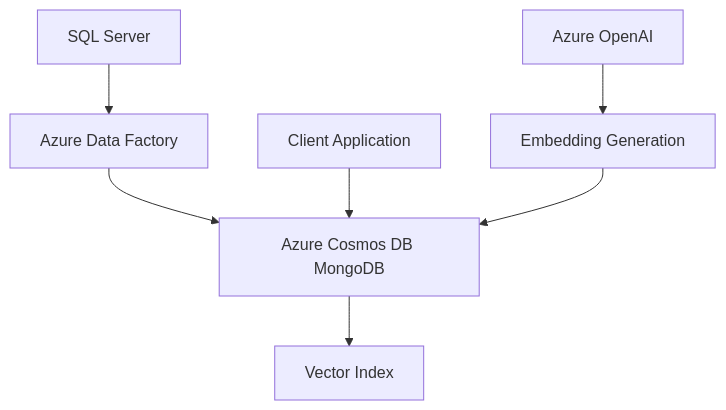
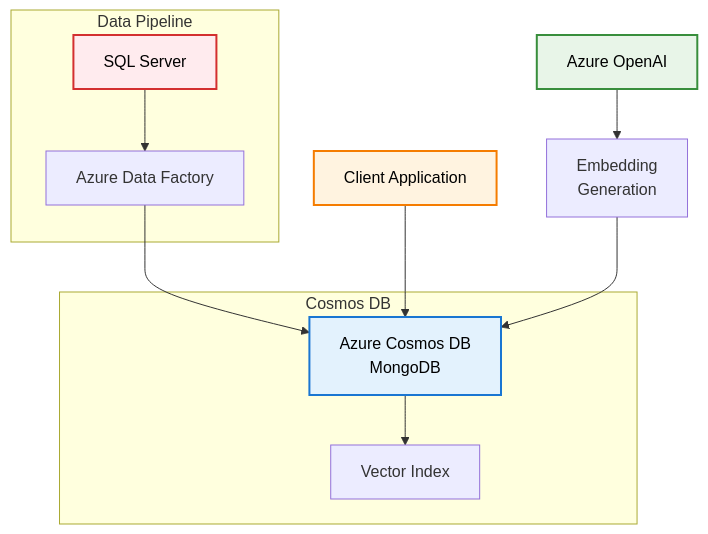
One commit to bravegeek/az-vectordb changed the second of 4 diagrams in docs/options.md. Above: the diagram before and after it, drawn with Mermaid. The commit also changed other lines of this file, not shown here.

Commit message:
clean up mermaid

````diff
--- a/docs/options.md
+++ b/docs/options.md
@@ -70,9 +88,24 @@
 ```mermaid
 graph TB
     A[SQL Server] --> B[Azure Data Factory]
-    B --> C[Azure Cosmos DB MongoDB]
+    B --> C[Azure Cosmos DB<br/>MongoDB]
     C --> D[Vector Index]
     E[Client Application] --> C
-    F[Azure OpenAI] --> G[Embedding Generation]
+    F[Azure OpenAI] --> G[Embedding<br/>Generation]
     G --> C
+    
+    subgraph "Data Pipeline"
+        A
+        B
+    end
+    
+    subgraph "Cosmos DB"
+        C
+        D
+    end
+    
+    style A fill:#ffebee,stroke:#d32f2f,stroke-width:2px,color:#000
+    style C fill:#e3f2fd,stroke:#1976d2,stroke-width:2px,color:#000
+    style F fill:#e8f5e8,stroke:#388e3c,stroke-width:2px,color:#000
+    style E fill:#fff3e0,stroke:#f57c00,stroke-width:2px,color:#000
 ```
````
